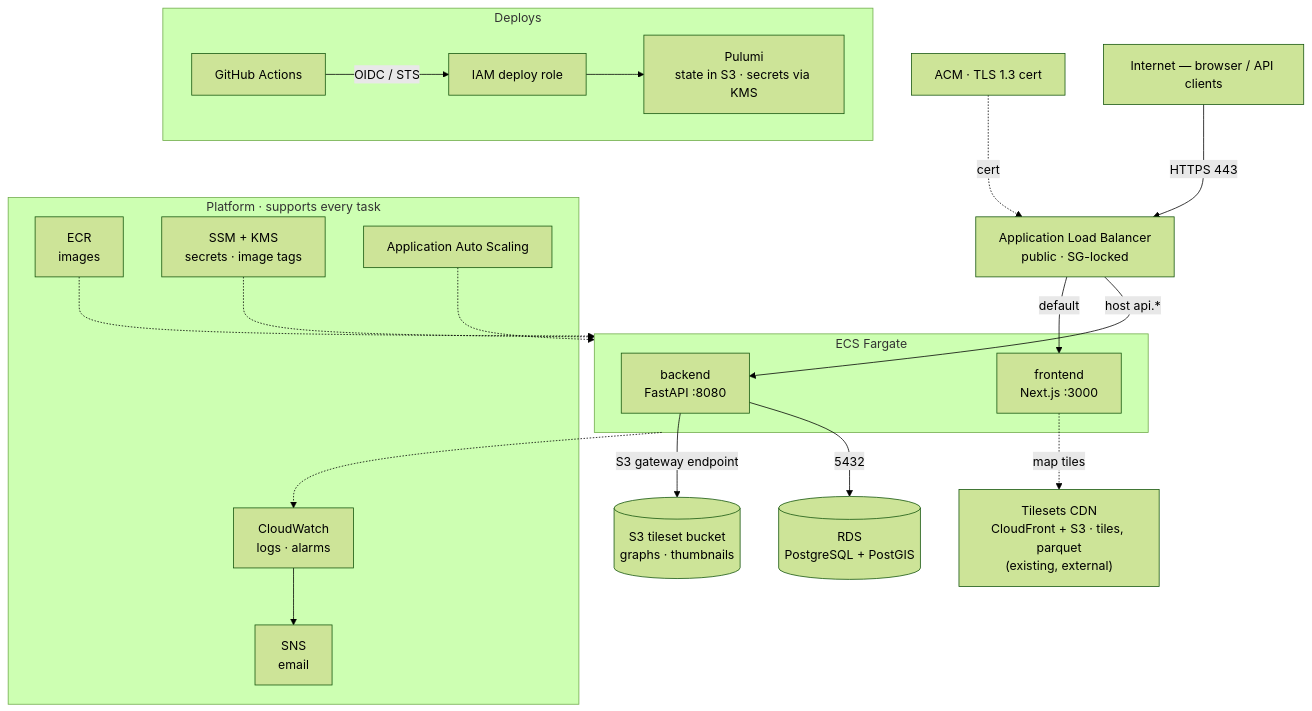
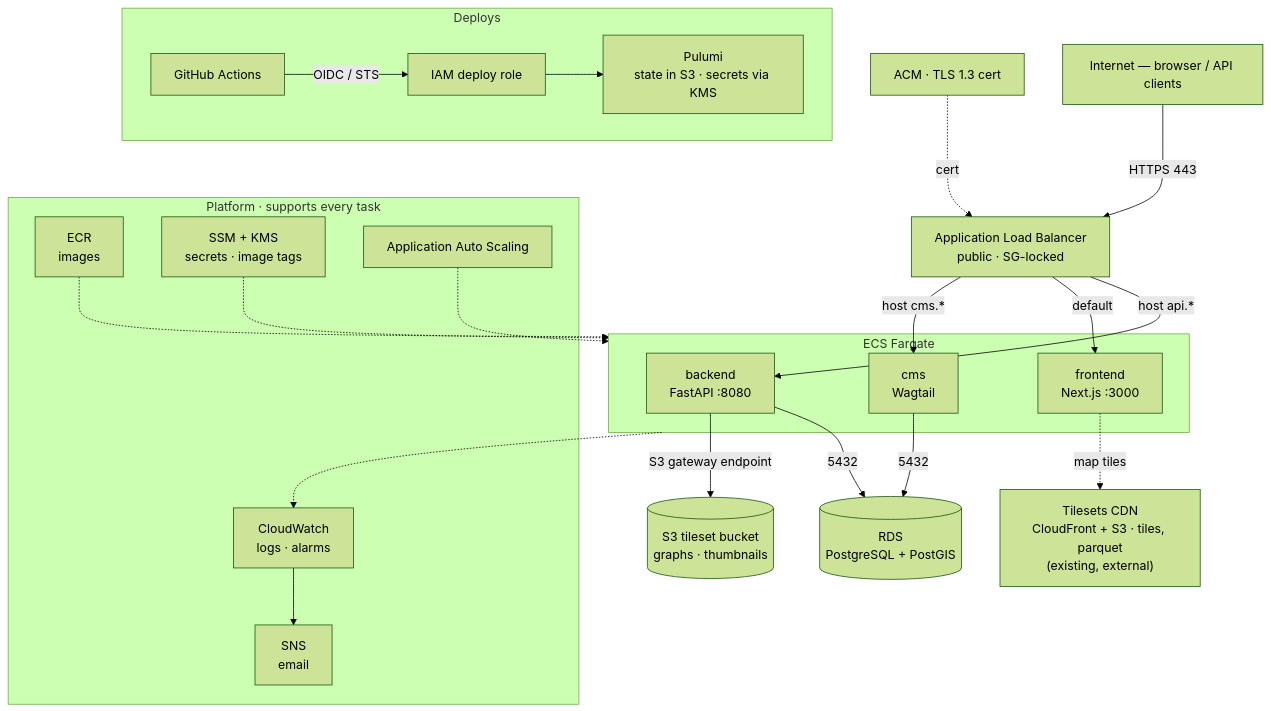
One commit to districtr/districtr-v2 changed the diagram in infra/README.md. Above: the diagram before and after it, drawn with Mermaid (forest theme). The commit also changed other lines of this file and 351 other files, not shown here.

````diff
--- a/infra/README.md
+++ b/infra/README.md
@@ -18,45 +19,48 @@
 ```mermaid
 flowchart TB
     client["Internet — browser / API clients"]
     cdn["Tilesets CDN<br/>CloudFront + S3 · tiles, parquet<br/>(existing, external)"]
     acm["ACM · TLS 1.3 cert"]
     alb["Application Load Balancer<br/>public · SG-locked"]
 
     subgraph ecs["ECS Fargate"]
       be["backend<br/>FastAPI :8080"]
       fe["frontend<br/>Next.js :3000"]
+      cms["cms<br/>Wagtail"]
     end
 
     rds[("RDS<br/>PostgreSQL + PostGIS")]
     tiles[("S3 tileset bucket<br/>graphs · thumbnails")]
 
     client -->|"HTTPS 443"| alb
     acm -. cert .-> alb
     alb -->|"host api.*"| be
     alb -->|"default"| fe
+    alb -->|"host cms.*"| cms
+    cms -->|"5432"| rds
     fe -. map tiles .-> cdn
     be -->|"5432"| rds
     be -->|"S3 gateway endpoint"| tiles
 
     subgraph platform["Platform · supports every task"]
       ecr["ECR<br/>images"]
       ssm["SSM + KMS<br/>secrets · image tags"]
       cw["CloudWatch<br/>logs · alarms"]
       sns["SNS<br/>email"]
       aas["Application Auto Scaling"]
     end
 
     ecr -.-> ecs
     ssm -.-> ecs
     aas -.-> ecs
     ecs -.-> cw
     cw --> sns
 
     subgraph deploy["Deploys"]
       gha["GitHub Actions"]
       role["IAM deploy role"]
       pul["Pulumi<br/>state in S3 · secrets via KMS"]
     end
     gha -->|"OIDC / STS"| role
     role --> pul
 ```
````
